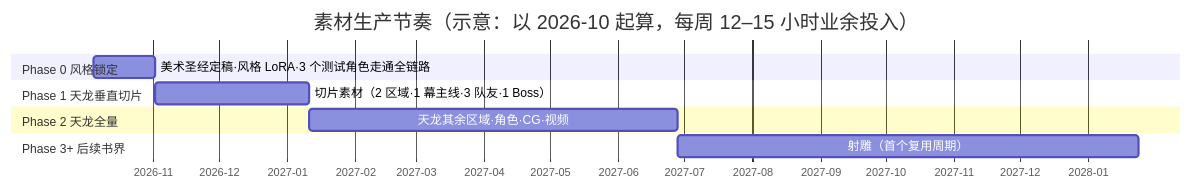
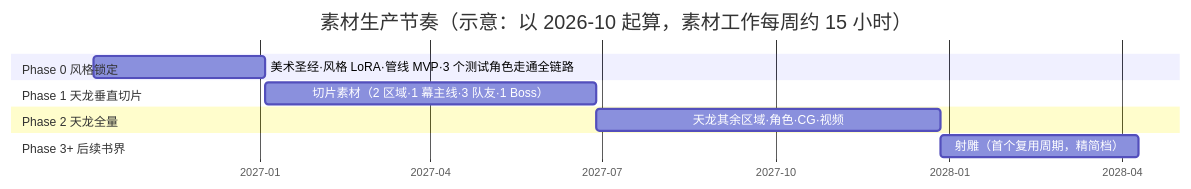
One commit to radarxc/jinyongqunxia changed the second of 8 diagrams in docs/tech/07-asset-generation.md. Above: the diagram before and after it, drawn with Mermaid. The commit also changed other lines of this file and 4 other files, not shown here.

````diff
--- a/docs/tech/07-asset-generation.md
+++ b/docs/tech/07-asset-generation.md
@@ -362,14 +385,14 @@
 ```mermaid
 gantt
-  title 素材生产节奏（示意：以 2026-10 起算，每周 12–15 小时业余投入）
+  title 素材生产节奏（示意：以 2026-10 起算，素材工作每周约 15 小时）
   dateFormat YYYY-MM-DD
   axisFormat %Y-%m
   section Phase 0 风格锁定
-  美术圣经定稿·风格 LoRA·3 个测试角色走通全链路 :p0, 2026-10-05, 28d
+  美术圣经·风格 LoRA·管线 MVP·3 个测试角色走通全链路 :p0, 2026-10-05, 91d
   section Phase 1 天龙垂直切片
-  切片素材（2 区域·1 幕主线·3 队友·1 Boss） :p1, after p0, 70d
+  切片素材（2 区域·1 幕主线·3 队友·1 Boss） :p1, after p0, 175d
   section Phase 2 天龙全量
-  天龙其余区域·角色·CG·视频 :p2, after p1, 168d
+  天龙其余区域·角色·CG·视频 :p2, after p1, 182d
   section Phase 3+ 后续书界
-  射雕（首个复用周期） :p3, after p2, 210d
+  射雕（首个复用周期，精简档） :p3, after p2, 105d
 ```
````
